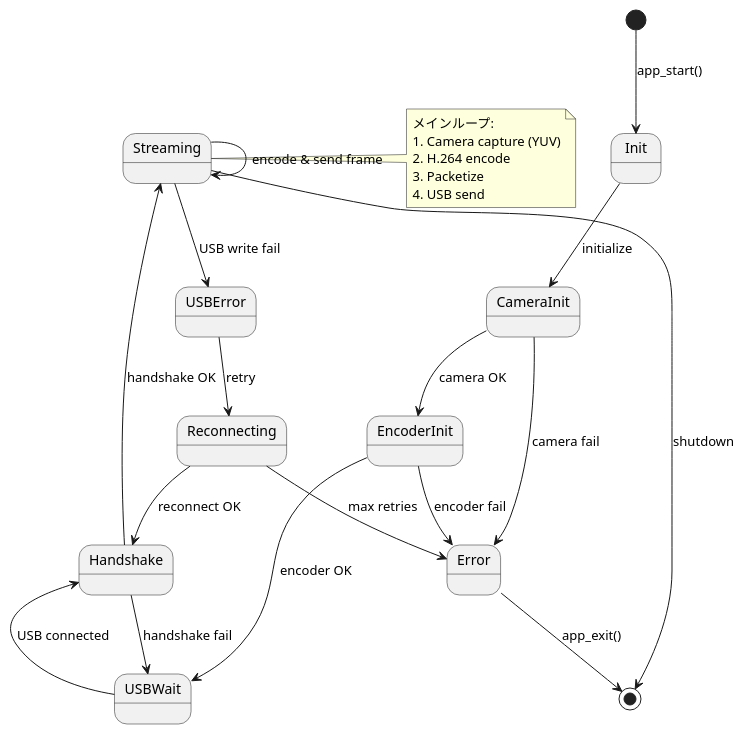
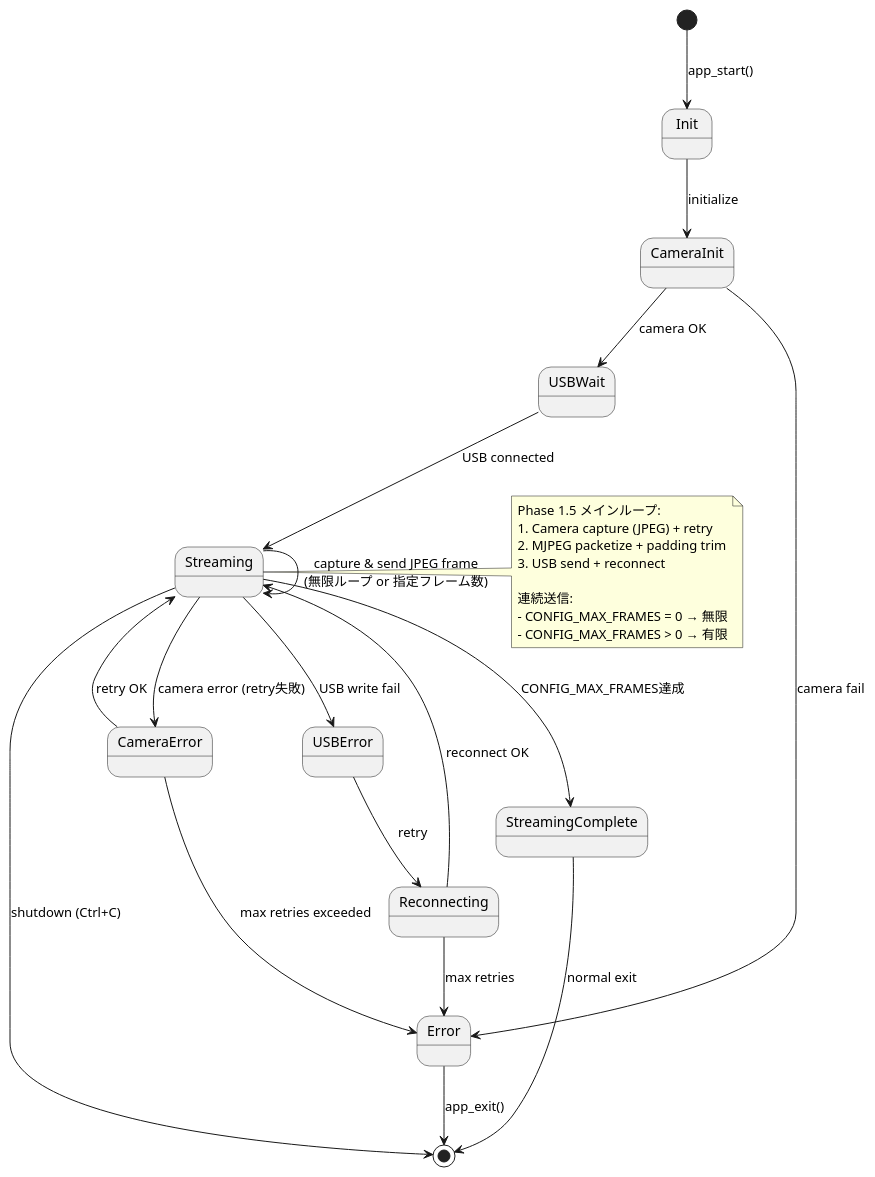
One commit to ken11111/Spr_wk changed the seventh of 7 diagrams in docs/security_camera/01_specifications/05_SOFTWARE_SPEC_SPRESENSE.md. Above: the diagram before and after it, drawn with PlantUML. The commit also changed other lines of this file and 2 other files, not shown here.

First line of the commit message:
Phase 1.5仕様書更新: VGA対応 + 安定性向上

````diff
--- a/docs/security_camera/01_specifications/05_SOFTWARE_SPEC_SPRESENSE.md
+++ b/docs/security_camera/01_specifications/05_SOFTWARE_SPEC_SPRESENSE.md
@@ -505,35 +462,38 @@
 ```plantuml
 @startuml
 [*] --> Init : app_start()
 
 Init --> CameraInit : initialize
-CameraInit --> EncoderInit : camera OK
+CameraInit --> USBWait : camera OK
 CameraInit --> Error : camera fail
 
-EncoderInit --> USBWait : encoder OK
-EncoderInit --> Error : encoder fail
+USBWait --> Streaming : USB connected
+Streaming --> Streaming : capture & send JPEG frame\n(無限ループ or 指定フレーム数)
+Streaming --> StreamingComplete : CONFIG_MAX_FRAMES達成
+Streaming --> USBError : USB write fail
+Streaming --> CameraError : camera error (retry失敗)
 
-USBWait --> Handshake : USB connected
-Handshake --> Streaming : handshake OK
-Handshake --> USBWait : handshake fail
-
-Streaming --> Streaming : encode & send frame
-Streaming --> USBError : USB write fail
+CameraError --> Streaming : retry OK
+CameraError --> Error : max retries exceeded
 
 USBError --> Reconnecting : retry
-Reconnecting --> Handshake : reconnect OK
+Reconnecting --> Streaming : reconnect OK
 Reconnecting --> Error : max retries
 
+StreamingComplete --> [*] : normal exit
 Error --> [*] : app_exit()
-Streaming --> [*] : shutdown
+Streaming --> [*] : shutdown (Ctrl+C)
 
 note right of Streaming
-  メインループ:
-  1. Camera capture (YUV)
-  2. H.264 encode
-  3. Packetize
-  4. USB send
+  Phase 1.5 メインループ:
+  1. Camera capture (JPEG) + retry
+  2. MJPEG packetize + padding trim
+  3. USB send + reconnect
+
+  連続送信:
+  - CONFIG_MAX_FRAMES = 0 → 無限
+  - CONFIG_MAX_FRAMES > 0 → 有限
 end note
 
 @enduml
 ```
````
